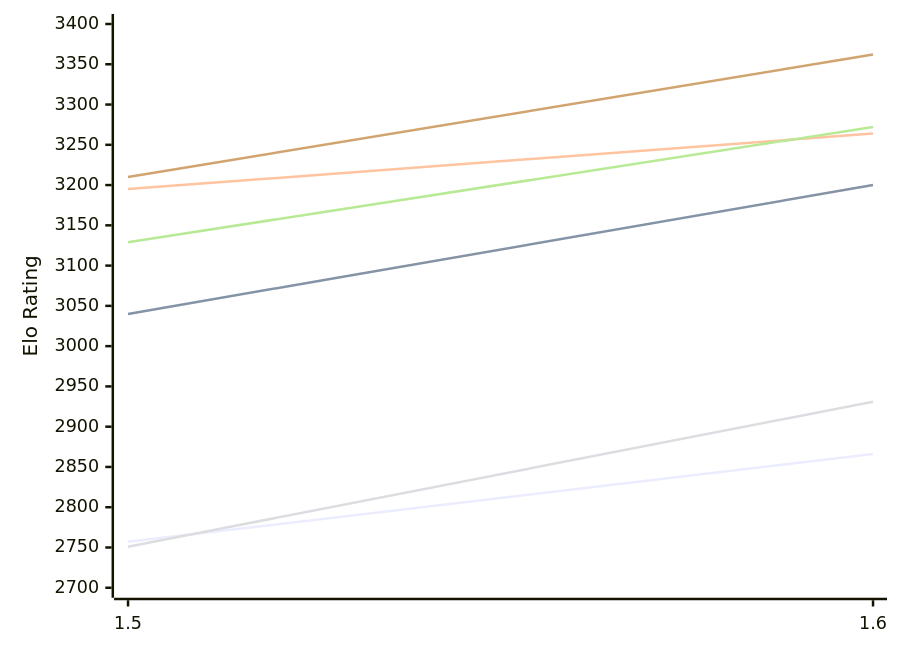
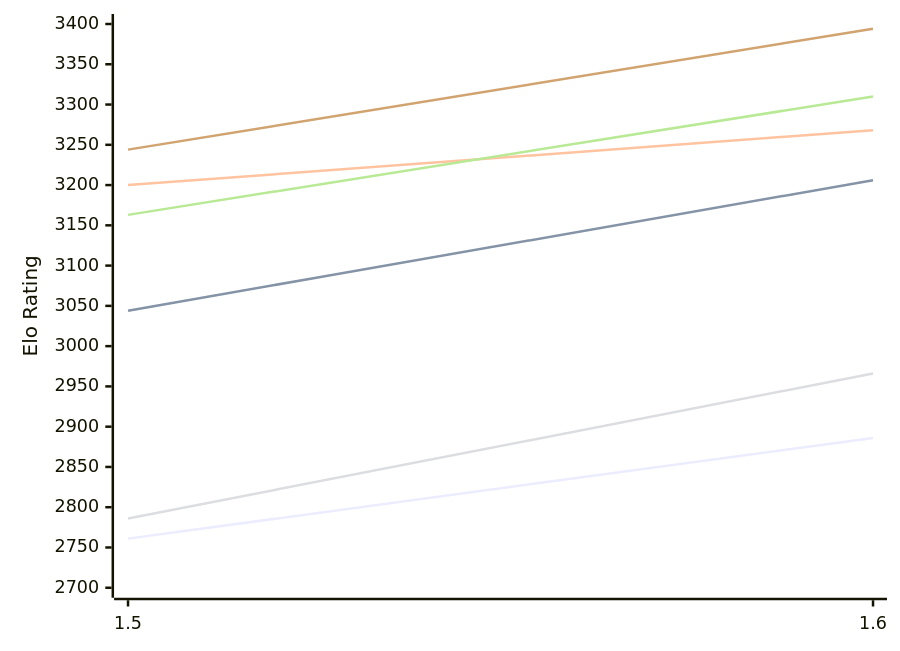
One commit to computer-chess-index/cci changed the first of 2 diagrams in engines/Yakka.md. Above: the diagram before and after it, drawn with Mermaid. The commit also changed other lines of this file, not shown here.

Commit message:
Update CCI Ratings (ELO VLTC) - 2026-11-01

````diff
--- a/engines/Yakka.md
+++ b/engines/Yakka.md
@@ -51,12 +51,12 @@
 ```mermaid
 %%{init: {"theme":"base","themeVariables":{"seriesColors:['#a3a3a3','#222221','#faa371']}}}%%
 xychart-beta
   x-axis ["1.5", "1.6"]
   y-axis "Elo Rating" 2700 --> 3400
-  line "E1: STC (8.0+0.08s)" [2757, 2866]
-  line "E1: LTC (60.0+0.60s)" [3040, 3200]
-  line "E1: VLTC (2m24s+1.12s)" [3195, 3264]
-  line "P1: STC (8.0+0.08s)" [2751, 2931]
-  line "P1: LTC (60.0+0.60s)" [3129, 3272]
-  line "P1: VLTC (2m24s+1.12s)" [3210, 3362]
+  line "E1: STC (8.0+0.08s)" [2761, 2886]
+  line "E1: LTC (60.0+0.60s)" [3044, 3206]
+  line "E1: VLTC (2m24s+1.12s)" [3200, 3268]
+  line "P1: STC (8.0+0.08s)" [2786, 2966]
+  line "P1: LTC (60.0+0.60s)" [3163, 3310]
+  line "P1: VLTC (2m24s+1.12s)" [3244, 3394]
 ```
````
